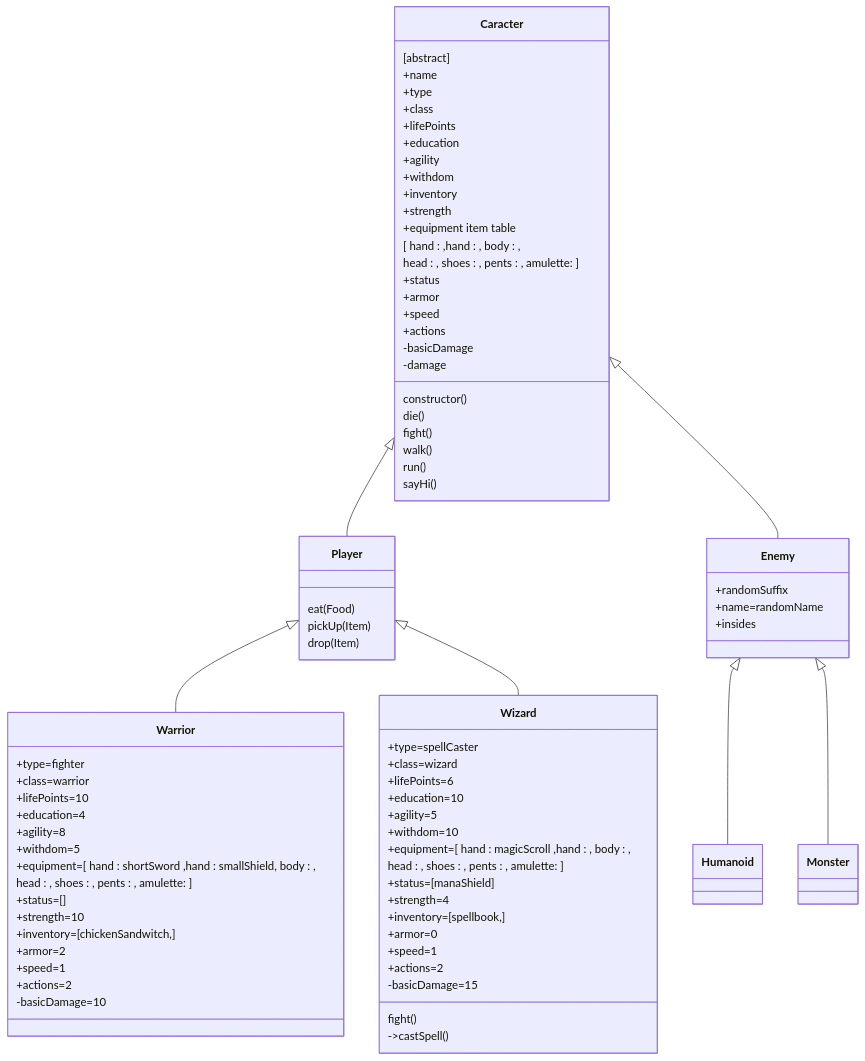
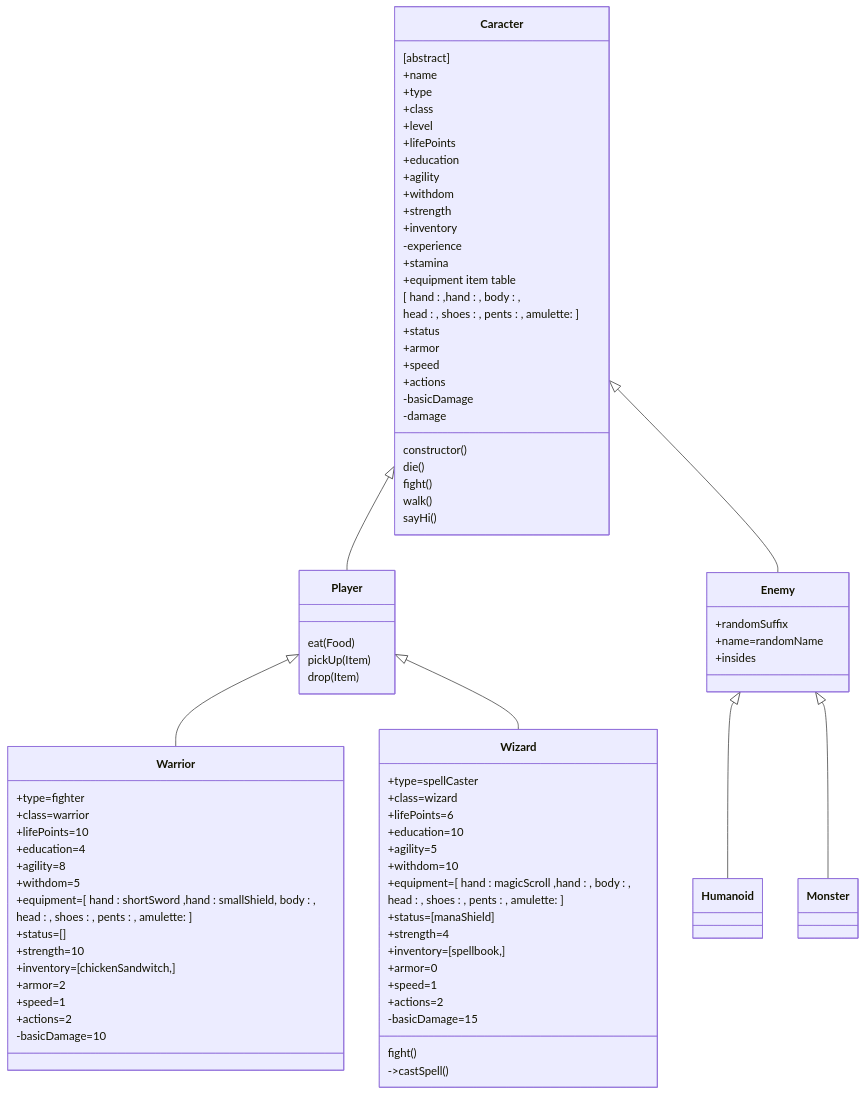
One commit to AugustinPech/Java_cours_campus changed the first of 2 diagrams in docs/DonjonAndDragons/classDiagram.md. Above: the diagram before and after it, drawn with Mermaid. The commit also changed 1 other file, not shown here.

Commit message:
#1 caracter class is looking good

```diff
--- a/docs/DonjonAndDragons/classDiagram.md
+++ b/docs/DonjonAndDragons/classDiagram.md
@@ -9,12 +9,15 @@
             +name
             +type
             +class
+            +level
             +lifePoints
             +education
             +agility
             +withdom
+            +strength
             +inventory
-            +strength
+            -experience
+            +stamina
             +equipment item table
             [ hand : ,hand : , body : ,
             head : , shoes : , pents : , amulette: ]
@@ -28,7 +31,6 @@
             die()
             fight()
             walk()
-            run()
             sayHi()
             }
         Caracter <|-- Player
```
